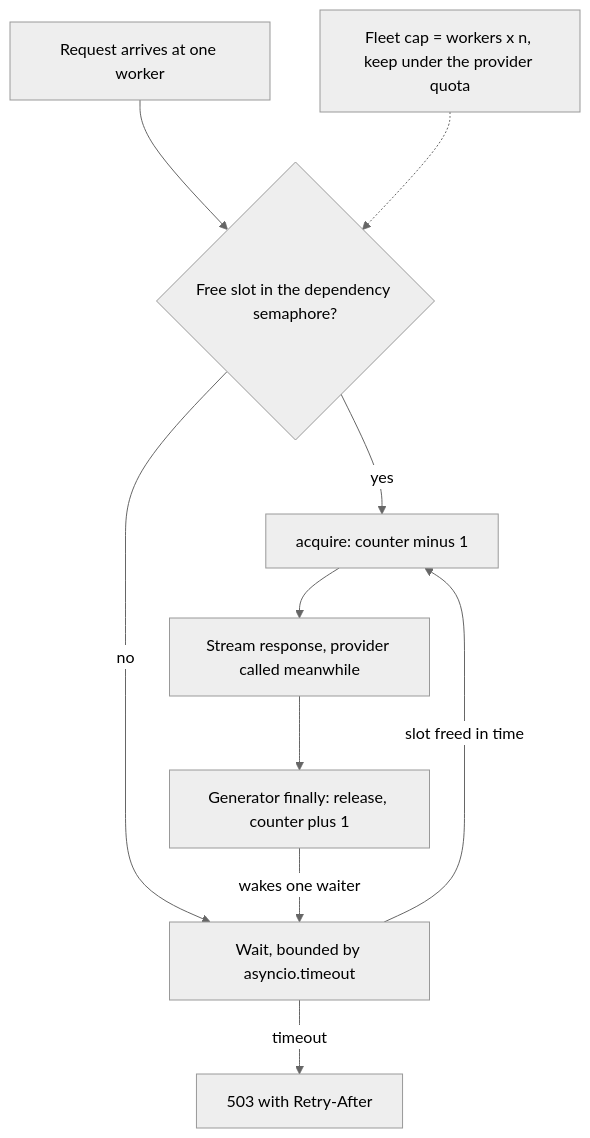
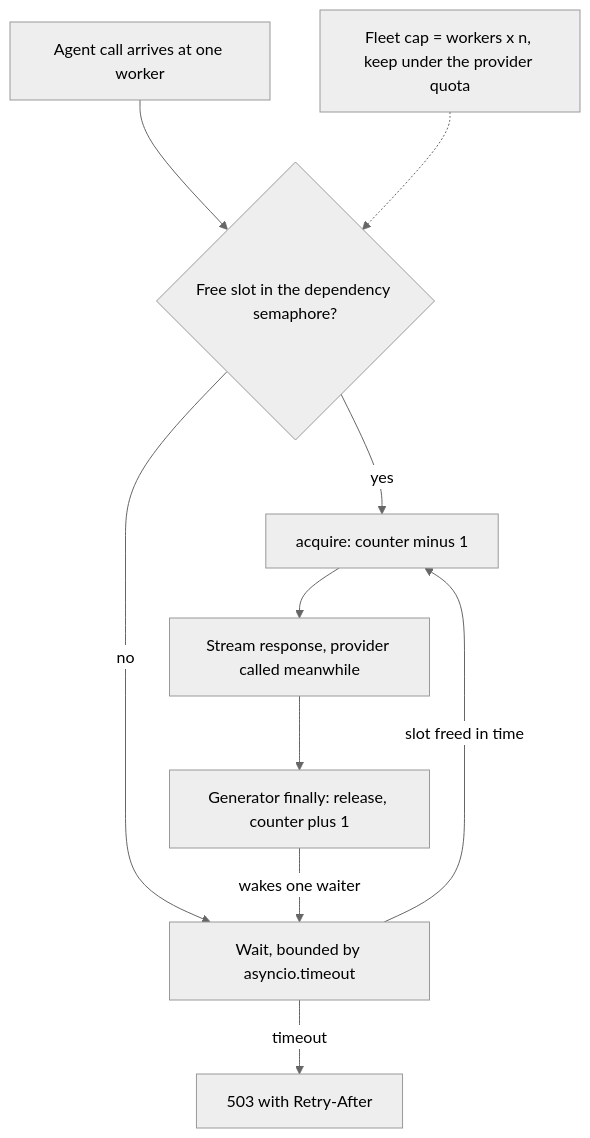
The diagram in content/fastapi-for-ai/concurrency-limits.md (lovishmahajan97/agentic-learning), drawn with Mermaid (neutral theme) before and after one commit. The commit also changed other lines of this file and 266 other files, not shown here.

````diff
--- a/content/fastapi-for-ai/concurrency-limits.md
+++ b/content/fastapi-for-ai/concurrency-limits.md
@@ -127,12 +151,12 @@
 ```mermaid
 flowchart TD
-    A["Request arrives at one worker"] --> B{"Free slot in the dependency semaphore?"}
+    A["Agent call arrives at one worker"] --> B{"Free slot in the dependency semaphore?"}
     B -->|"yes"| C["acquire: counter minus 1"]
     B -->|"no"| W["Wait, bounded by asyncio.timeout"]
     W -->|"slot freed in time"| C
     W -->|"timeout"| R["503 with Retry-After"]
     C --> S["Stream response, provider called meanwhile"]
     S --> F["Generator finally: release, counter plus 1"]
     F -->|"wakes one waiter"| W
     N["Fleet cap = workers x n, keep under the provider quota"] -.-> B
 ```
````
